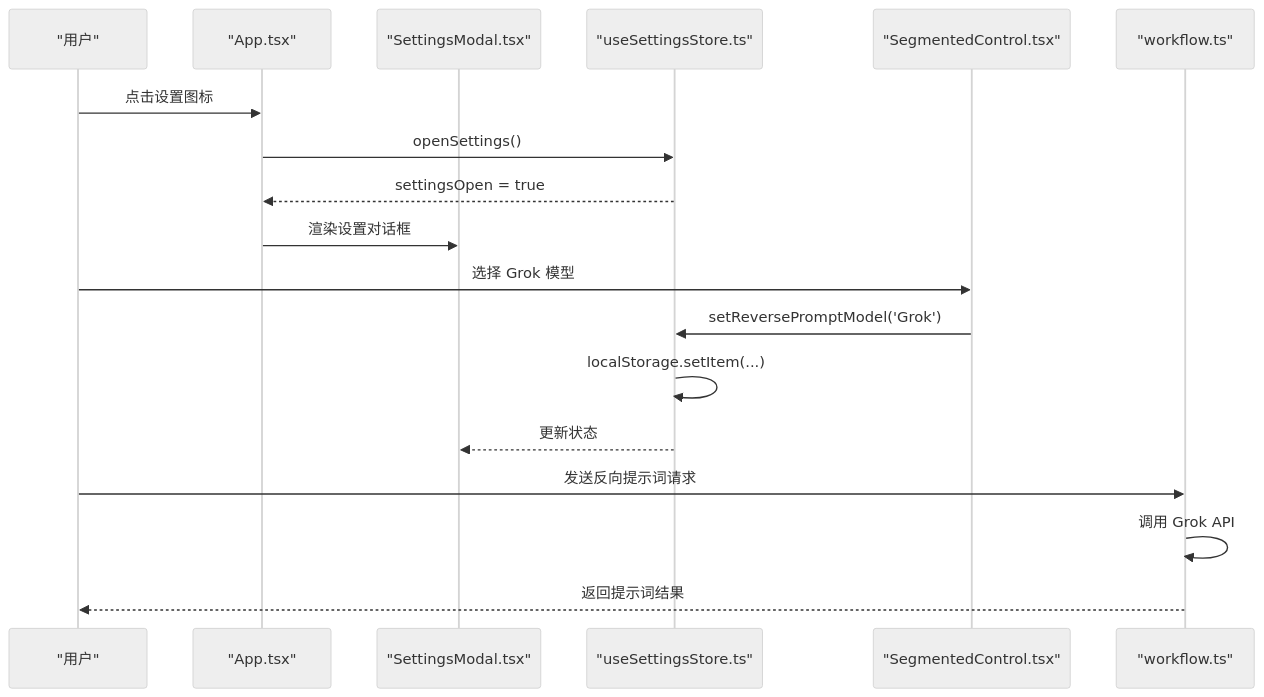
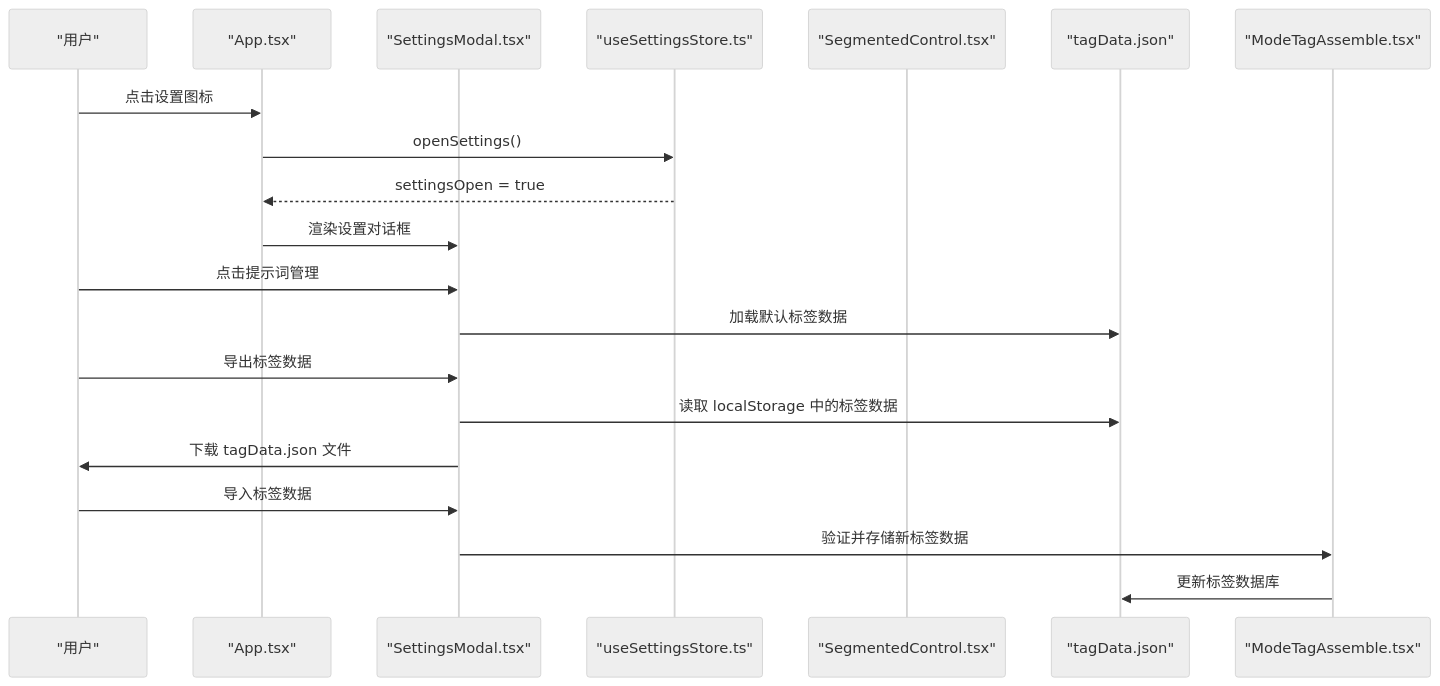
One commit to billye220670/CorineKit_Pix2Real changed the second of 9 diagrams in .qoder/repowiki/zh/content/前端应用/UI 组件库/设置对话框组件.md. Above: the diagram before and after it, drawn with Mermaid (neutral theme). The commit also changed other lines of this file and 5 other files, not shown here.

````diff
--- a/.qoder/repowiki/zh/content/前端应用/UI 组件库/设置对话框组件.md
+++ b/.qoder/repowiki/zh/content/前端应用/UI 组件库/设置对话框组件.md
@@ -128,20 +140,22 @@
 ```mermaid
 sequenceDiagram
 participant User as "用户"
 participant App as "App.tsx"
 participant SM as "SettingsModal.tsx"
 participant Store as "useSettingsStore.ts"
 participant SC as "SegmentedControl.tsx"
-participant Server as "workflow.ts"
+participant TagData as "tagData.json"
+participant TagAssemble as "ModeTagAssemble.tsx"
 User->>App : 点击设置图标
 App->>Store : openSettings()
 Store-->>App : settingsOpen = true
 App->>SM : 渲染设置对话框
-User->>SC : 选择 Grok 模型
-SC->>Store : setReversePromptModel('Grok')
-Store->>Store : localStorage.setItem(...)
-Store-->>SM : 更新状态
-User->>Server : 发送反向提示词请求
-Server->>Server : 调用 Grok API
-Server-->>User : 返回提示词结果
+User->>SM : 点击提示词管理
+SM->>TagData : 加载默认标签数据
+User->>SM : 导出标签数据
+SM->>TagData : 读取 localStorage 中的标签数据
+SM->>User : 下载 tagData.json 文件
+User->>SM : 导入标签数据
+SM->>TagAssemble : 验证并存储新标签数据
+TagAssemble->>TagData : 更新标签数据库
 ```
````
